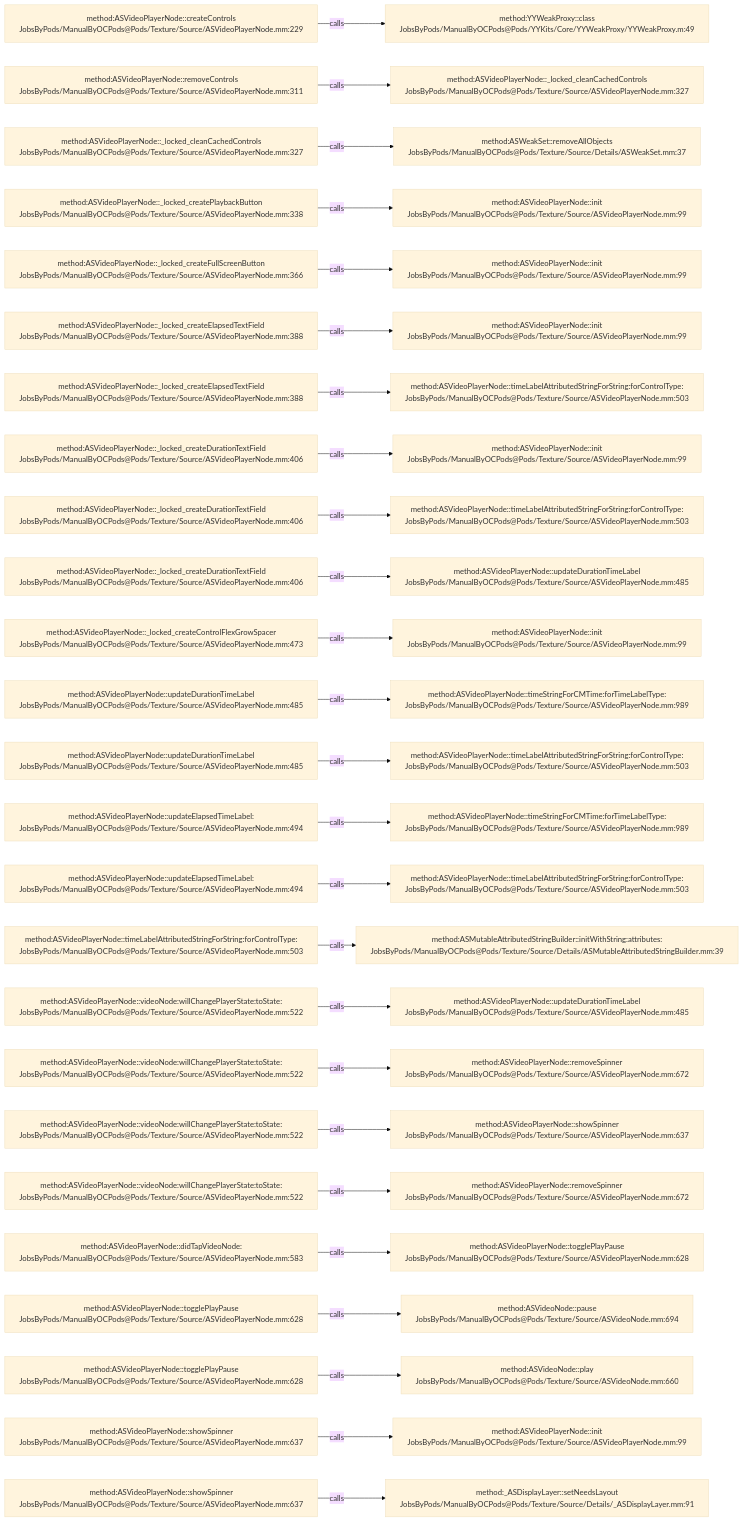
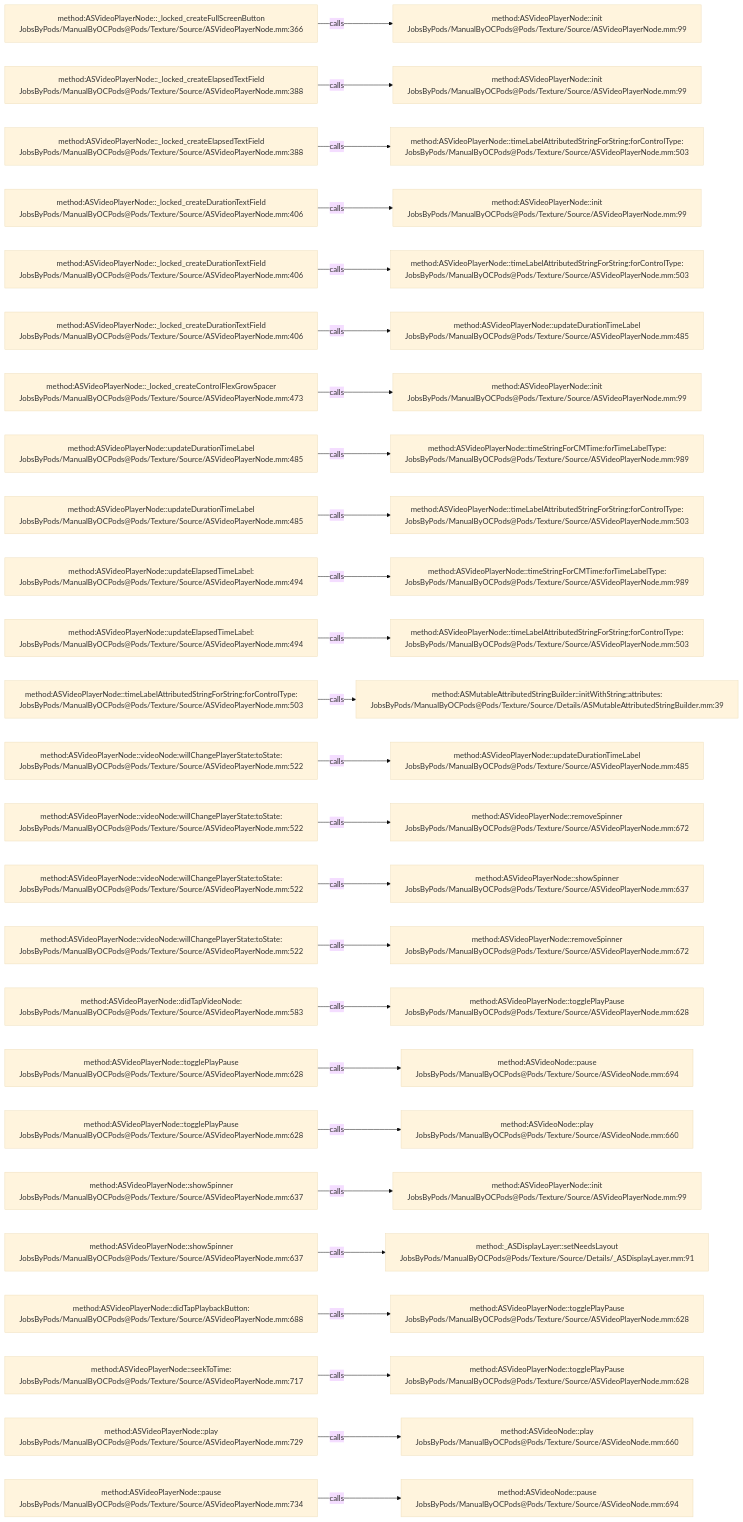
Before and after one commit to JobsKits/JobsOCBaseConfigDemo: the diagram in .codegraph/codegraph.md/graphs/calls-144.md, drawn with Mermaid (base theme). The commit also changed 727 other files, not shown here.

````diff
--- a/.codegraph/codegraph.md/graphs/calls-144.md
+++ b/.codegraph/codegraph.md/graphs/calls-144.md
@@ -13,78 +13,78 @@
 ```mermaid
 flowchart LR
-  S1["method:ASVideoPlayerNode::createControls<br/>JobsByPods/ManualByOCPods@Pods/Texture/Source/ASVideoPlayerNode.mm:229"]
-  T1["method:YYWeakProxy::class<br/>JobsByPods/ManualByOCPods@Pods/YYKits/Core/YYWeakProxy/YYWeakProxy.m:49"]
+  S1["method:ASVideoPlayerNode::_locked_createFullScreenButton<br/>JobsByPods/ManualByOCPods@Pods/Texture/Source/ASVideoPlayerNode.mm:366"]
+  T1["method:ASVideoPlayerNode::init<br/>JobsByPods/ManualByOCPods@Pods/Texture/Source/ASVideoPlayerNode.mm:99"]
   S1 -->|calls| T1
-  S2["method:ASVideoPlayerNode::removeControls<br/>JobsByPods/ManualByOCPods@Pods/Texture/Source/ASVideoPlayerNode.mm:311"]
-  T2["method:ASVideoPlayerNode::_locked_cleanCachedControls<br/>JobsByPods/ManualByOCPods@Pods/Texture/Source/ASVideoPlayerNode.mm:327"]
+  S2["method:ASVideoPlayerNode::_locked_createElapsedTextField<br/>JobsByPods/ManualByOCPods@Pods/Texture/Source/ASVideoPlayerNode.mm:388"]
+  T2["method:ASVideoPlayerNode::init<br/>JobsByPods/ManualByOCPods@Pods/Texture/Source/ASVideoPlayerNode.mm:99"]
   S2 -->|calls| T2
-  S3["method:ASVideoPlayerNode::_locked_cleanCachedControls<br/>JobsByPods/ManualByOCPods@Pods/Texture/Source/ASVideoPlayerNode.mm:327"]
-  T3["method:ASWeakSet::removeAllObjects<br/>JobsByPods/ManualByOCPods@Pods/Texture/Source/Details/ASWeakSet.mm:37"]
+  S3["method:ASVideoPlayerNode::_locked_createElapsedTextField<br/>JobsByPods/ManualByOCPods@Pods/Texture/Source/ASVideoPlayerNode.mm:388"]
+  T3["method:ASVideoPlayerNode::timeLabelAttributedStringForString:forControlType:<br/>JobsByPods/ManualByOCPods@Pods/Texture/Source/ASVideoPlayerNode.mm:503"]
   S3 -->|calls| T3
-  S4["method:ASVideoPlayerNode::_locked_createPlaybackButton<br/>JobsByPods/ManualByOCPods@Pods/Texture/Source/ASVideoPlayerNode.mm:338"]
+  S4["method:ASVideoPlayerNode::_locked_createDurationTextField<br/>JobsByPods/ManualByOCPods@Pods/Texture/Source/ASVideoPlayerNode.mm:406"]
   T4["method:ASVideoPlayerNode::init<br/>JobsByPods/ManualByOCPods@Pods/Texture/Source/ASVideoPlayerNode.mm:99"]
   S4 -->|calls| T4
-  S5["method:ASVideoPlayerNode::_locked_createFullScreenButton<br/>JobsByPods/ManualByOCPods@Pods/Texture/Source/ASVideoPlayerNode.mm:366"]
-  T5["method:ASVideoPlayerNode::init<br/>JobsByPods/ManualByOCPods@Pods/Texture/Source/ASVideoPlayerNode.mm:99"]
+  S5["method:ASVideoPlayerNode::_locked_createDurationTextField<br/>JobsByPods/ManualByOCPods@Pods/Texture/Source/ASVideoPlayerNode.mm:406"]
+  T5["method:ASVideoPlayerNode::timeLabelAttributedStringForString:forControlType:<br/>JobsByPods/ManualByOCPods@Pods/Texture/Source/ASVideoPlayerNode.mm:503"]
   S5 -->|calls| T5
-  S6["method:ASVideoPlayerNode::_locked_createElapsedTextField<br/>JobsByPods/ManualByOCPods@Pods/Texture/Source/ASVideoPlayerNode.mm:388"]
-  T6["method:ASVideoPlayerNode::init<br/>JobsByPods/ManualByOCPods@Pods/Texture/Source/ASVideoPlayerNode.mm:99"]
+  S6["method:ASVideoPlayerNode::_locked_createDurationTextField<br/>JobsByPods/ManualByOCPods@Pods/Texture/Source/ASVideoPlayerNode.mm:406"]
+  T6["method:ASVideoPlayerNode::updateDurationTimeLabel<br/>JobsByPods/ManualByOCPods@Pods/Texture/Source/ASVideoPlayerNode.mm:485"]
   S6 -->|calls| T6
-  S7["method:ASVideoPlayerNode::_locked_createElapsedTextField<br/>JobsByPods/ManualByOCPods@Pods/Texture/Source/ASVideoPlayerNode.mm:388"]
-  T7["method:ASVideoPlayerNode::timeLabelAttributedStringForString:forControlType:<br/>JobsByPods/ManualByOCPods@Pods/Texture/Source/ASVideoPlayerNode.mm:503"]
+  S7["method:ASVideoPlayerNode::_locked_createControlFlexGrowSpacer<br/>JobsByPods/ManualByOCPods@Pods/Texture/Source/ASVideoPlayerNode.mm:473"]
+  T7["method:ASVideoPlayerNode::init<br/>JobsByPods/ManualByOCPods@Pods/Texture/Source/ASVideoPlayerNode.mm:99"]
   S7 -->|calls| T7
-  S8["method:ASVideoPlayerNode::_locked_createDurationTextField<br/>JobsByPods/ManualByOCPods@Pods/Texture/Source/ASVideoPlayerNode.mm:406"]
-  T8["method:ASVideoPlayerNode::init<br/>JobsByPods/ManualByOCPods@Pods/Texture/Source/ASVideoPlayerNode.mm:99"]
+  S8["method:ASVideoPlayerNode::updateDurationTimeLabel<br/>JobsByPods/ManualByOCPods@Pods/Texture/Source/ASVideoPlayerNode.mm:485"]
+  T8["method:ASVideoPlayerNode::timeStringForCMTime:forTimeLabelType:<br/>JobsByPods/ManualByOCPods@Pods/Texture/Source/ASVideoPlayerNode.mm:989"]
   S8 -->|calls| T8
-  S9["method:ASVideoPlayerNode::_locked_createDurationTextField<br/>JobsByPods/ManualByOCPods@Pods/Texture/Source/ASVideoPlayerNode.mm:406"]
+  S9["method:ASVideoPlayerNode::updateDurationTimeLabel<br/>JobsByPods/ManualByOCPods@Pods/Texture/Source/ASVideoPlayerNode.mm:485"]
   T9["method:ASVideoPlayerNode::timeLabelAttributedStringForString:forControlType:<br/>JobsByPods/ManualByOCPods@Pods/Texture/Source/ASVideoPlayerNode.mm:503"]
   S9 -->|calls| T9
-  S10["method:ASVideoPlayerNode::_locked_createDurationTextField<br/>JobsByPods/ManualByOCPods@Pods/Texture/Source/ASVideoPlayerNode.mm:406"]
-  T10["method:ASVideoPlayerNode::updateDurationTimeLabel<br/>JobsByPods/ManualByOCPods@Pods/Texture/Source/ASVideoPlayerNode.mm:485"]
+  S10["method:ASVideoPlayerNode::updateElapsedTimeLabel:<br/>JobsByPods/ManualByOCPods@Pods/Texture/Source/ASVideoPlayerNode.mm:494"]
+  T10["method:ASVideoPlayerNode::timeStringForCMTime:forTimeLabelType:<br/>JobsByPods/ManualByOCPods@Pods/Texture/Source/ASVideoPlayerNode.mm:989"]
   S10 -->|calls| T10
-  S11["method:ASVideoPlayerNode::_locked_createControlFlexGrowSpacer<br/>JobsByPods/ManualByOCPods@Pods/Texture/Source/ASVideoPlayerNode.mm:473"]
-  T11["method:ASVideoPlayerNode::init<br/>JobsByPods/ManualByOCPods@Pods/Texture/Source/ASVideoPlayerNode.mm:99"]
+  S11["method:ASVideoPlayerNode::updateElapsedTimeLabel:<br/>JobsByPods/ManualByOCPods@Pods/Texture/Source/ASVideoPlayerNode.mm:494"]
+  T11["method:ASVideoPlayerNode::timeLabelAttributedStringForString:forControlType:<br/>JobsByPods/ManualByOCPods@Pods/Texture/Source/ASVideoPlayerNode.mm:503"]
   S11 -->|calls| T11
-  S12["method:ASVideoPlayerNode::updateDurationTimeLabel<br/>JobsByPods/ManualByOCPods@Pods/Texture/Source/ASVideoPlayerNode.mm:485"]
-  T12["method:ASVideoPlayerNode::timeStringForCMTime:forTimeLabelType:<br/>JobsByPods/ManualByOCPods@Pods/Texture/Source/ASVideoPlayerNode.mm:989"]
+  S12["method:ASVideoPlayerNode::timeLabelAttributedStringForString:forControlType:<br/>JobsByPods/ManualByOCPods@Pods/Texture/Source/ASVideoPlayerNode.mm:503"]
+  T12["method:ASMutableAttributedStringBuilder::initWithString:attributes:<br/>JobsByPods/ManualByOCPods@Pods/Texture/Source/Details/ASMutableAttributedStringBuilder.mm:39"]
   S12 -->|calls| T12
-  S13["method:ASVideoPlayerNode::updateDurationTimeLabel<br/>JobsByPods/ManualByOCPods@Pods/Texture/Source/ASVideoPlayerNode.mm:485"]
-  T13["method:ASVideoPlayerNode::timeLabelAttributedStringForString:forControlType:<br/>JobsByPods/ManualByOCPods@Pods/Texture/Source/ASVideoPlayerNode.mm:503"]
+  S13["method:ASVideoPlayerNode::videoNode:willChangePlayerState:toState:<br/>JobsByPods/ManualByOCPods@Pods/Texture/Source/ASVideoPlayerNode.mm:522"]
+  T13["method:ASVideoPlayerNode::updateDurationTimeLabel<br/>JobsByPods/ManualByOCPods@Pods/Texture/Source/ASVideoPlayerNode.mm:485"]
   S13 -->|calls| T13
-  S14["method:ASVideoPlayerNode::updateElapsedTimeLabel:<br/>JobsByPods/ManualByOCPods@Pods/Texture/Source/ASVideoPlayerNode.mm:494"]
-  T14["method:ASVideoPlayerNode::timeStringForCMTime:forTimeLabelType:<br/>JobsByPods/ManualByOCPods@Pods/Texture/Source/ASVideoPlayerNode.mm:989"]
+  S14["method:ASVideoPlayerNode::videoNode:willChangePlayerState:toState:<br/>JobsByPods/ManualByOCPods@Pods/Texture/Source/ASVideoPlayerNode.mm:522"]
+  T14["method:ASVideoPlayerNode::removeSpinner<br/>JobsByPods/ManualByOCPods@Pods/Texture/Source/ASVideoPlayerNode.mm:672"]
   S14 -->|calls| T14
-  S15["method:ASVideoPlayerNode::updateElapsedTimeLabel:<br/>JobsByPods/ManualByOCPods@Pods/Texture/Source/ASVideoPlayerNode.mm:494"]
-  T15["method:ASVideoPlayerNode::timeLabelAttributedStringForString:forControlType:<br/>JobsByPods/ManualByOCPods@Pods/Texture/Source/ASVideoPlayerNode.mm:503"]
+  S15["method:ASVideoPlayerNode::videoNode:willChangePlayerState:toState:<br/>JobsByPods/ManualByOCPods@Pods/Texture/Source/ASVideoPlayerNode.mm:522"]
+  T15["method:ASVideoPlayerNode::showSpinner<br/>JobsByPods/ManualByOCPods@Pods/Texture/Source/ASVideoPlayerNode.mm:637"]
   S15 -->|calls| T15
-  S16["method:ASVideoPlayerNode::timeLabelAttributedStringForString:forControlType:<br/>JobsByPods/ManualByOCPods@Pods/Texture/Source/ASVideoPlayerNode.mm:503"]
-  T16["method:ASMutableAttributedStringBuilder::initWithString:attributes:<br/>JobsByPods/ManualByOCPods@Pods/Texture/Source/Details/ASMutableAttributedStringBuilder.mm:39"]
+  S16["method:ASVideoPlayerNode::videoNode:willChangePlayerState:toState:<br/>JobsByPods/ManualByOCPods@Pods/Texture/Source/ASVideoPlayerNode.mm:522"]
+  T16["method:ASVideoPlayerNode::removeSpinner<br/>JobsByPods/ManualByOCPods@Pods/Texture/Source/ASVideoPlayerNode.mm:672"]
   S16 -->|calls| T16
-  S17["method:ASVideoPlayerNode::videoNode:willChangePlayerState:toState:<br/>JobsByPods/ManualByOCPods@Pods/Texture/Source/ASVideoPlayerNode.mm:522"]
-  T17["method:ASVideoPlayerNode::updateDurationTimeLabel<br/>JobsByPods/ManualByOCPods@Pods/Texture/Source/ASVideoPlayerNode.mm:485"]
+  S17["method:ASVideoPlayerNode::didTapVideoNode:<br/>JobsByPods/ManualByOCPods@Pods/Texture/Source/ASVideoPlayerNode.mm:583"]
+  T17["method:ASVideoPlayerNode::togglePlayPause<br/>JobsByPods/ManualByOCPods@Pods/Texture/Source/ASVideoPlayerNode.mm:628"]
   S17 -->|calls| T17
-  S18["method:ASVideoPlayerNode::videoNode:willChangePlayerState:toState:<br/>JobsByPods/ManualByOCPods@Pods/Texture/Source/ASVideoPlayerNode.mm:522"]
-  T18["method:ASVideoPlayerNode::removeSpinner<br/>JobsByPods/ManualByOCPods@Pods/Texture/Source/ASVideoPlayerNode.mm:672"]
+  S18["method:ASVideoPlayerNode::togglePlayPause<br/>JobsByPods/ManualByOCPods@Pods/Texture/Source/ASVideoPlayerNode.mm:628"]
+  T18["method:ASVideoNode::pause<br/>JobsByPods/ManualByOCPods@Pods/Texture/Source/ASVideoNode.mm:694"]
   S18 -->|calls| T18
-  S19["method:ASVideoPlayerNode::videoNode:willChangePlayerState:toState:<br/>JobsByPods/ManualByOCPods@Pods/Texture/Source/ASVideoPlayerNode.mm:522"]
-  T19["method:ASVideoPlayerNode::showSpinner<br/>JobsByPods/ManualByOCPods@Pods/Texture/Source/ASVideoPlayerNode.mm:637"]
+  S19["method:ASVideoPlayerNode::togglePlayPause<br/>JobsByPods/ManualByOCPods@Pods/Texture/Source/ASVideoPlayerNode.mm:628"]
+  T19["method:ASVideoNode::play<br/>JobsByPods/ManualByOCPods@Pods/Texture/Source/ASVideoNode.mm:660"]
   S19 -->|calls| T19
-  S20["method:ASVideoPlayerNode::videoNode:willChangePlayerState:toState:<br/>JobsByPods/ManualByOCPods@Pods/Texture/Source/ASVideoPlayerNode.mm:522"]
-  T20["method:ASVideoPlayerNode::removeSpinner<br/>JobsByPods/ManualByOCPods@Pods/Texture/Source/ASVideoPlayerNode.mm:672"]
+  S20["method:ASVideoPlayerNode::showSpinner<br/>JobsByPods/ManualByOCPods@Pods/Texture/Source/ASVideoPlayerNode.mm:637"]
+  T20["method:ASVideoPlayerNode::init<br/>JobsByPods/ManualByOCPods@Pods/Texture/Source/ASVideoPlayerNode.mm:99"]
   S20 -->|calls| T20
-  S21["method:ASVideoPlayerNode::didTapVideoNode:<br/>JobsByPods/ManualByOCPods@Pods/Texture/Source/ASVideoPlayerNode.mm:583"]
-  T21["method:ASVideoPlayerNode::togglePlayPause<br/>JobsByPods/ManualByOCPods@Pods/Texture/Source/ASVideoPlayerNode.mm:628"]
+  S21["method:ASVideoPlayerNode::showSpinner<br/>JobsByPods/ManualByOCPods@Pods/Texture/Source/ASVideoPlayerNode.mm:637"]
+  T21["method:_ASDisplayLayer::setNeedsLayout<br/>JobsByPods/ManualByOCPods@Pods/Texture/Source/Details/_ASDisplayLayer.mm:91"]
   S21 -->|calls| T21
-  S22["method:ASVideoPlayerNode::togglePlayPause<br/>JobsByPods/ManualByOCPods@Pods/Texture/Source/ASVideoPlayerNode.mm:628"]
-  T22["method:ASVideoNode::pause<br/>JobsByPods/ManualByOCPods@Pods/Texture/Source/ASVideoNode.mm:694"]
+  S22["method:ASVideoPlayerNode::didTapPlaybackButton:<br/>JobsByPods/ManualByOCPods@Pods/Texture/Source/ASVideoPlayerNode.mm:688"]
+  T22["method:ASVideoPlayerNode::togglePlayPause<br/>JobsByPods/ManualByOCPods@Pods/Texture/Source/ASVideoPlayerNode.mm:628"]
   S22 -->|calls| T22
-  S23["method:ASVideoPlayerNode::togglePlayPause<br/>JobsByPods/ManualByOCPods@Pods/Texture/Source/ASVideoPlayerNode.mm:628"]
-  T23["method:ASVideoNode::play<br/>JobsByPods/ManualByOCPods@Pods/Texture/Source/ASVideoNode.mm:660"]
+  S23["method:ASVideoPlayerNode::seekToTime:<br/>JobsByPods/ManualByOCPods@Pods/Texture/Source/ASVideoPlayerNode.mm:717"]
+  T23["method:ASVideoPlayerNode::togglePlayPause<br/>JobsByPods/ManualByOCPods@Pods/Texture/Source/ASVideoPlayerNode.mm:628"]
   S23 -->|calls| T23
-  S24["method:ASVideoPlayerNode::showSpinner<br/>JobsByPods/ManualByOCPods@Pods/Texture/Source/ASVideoPlayerNode.mm:637"]
-  T24["method:ASVideoPlayerNode::init<br/>JobsByPods/ManualByOCPods@Pods/Texture/Source/ASVideoPlayerNode.mm:99"]
+  S24["method:ASVideoPlayerNode::play<br/>JobsByPods/ManualByOCPods@Pods/Texture/Source/ASVideoPlayerNode.mm:729"]
+  T24["method:ASVideoNode::play<br/>JobsByPods/ManualByOCPods@Pods/Texture/Source/ASVideoNode.mm:660"]
   S24 -->|calls| T24
-  S25["method:ASVideoPlayerNode::showSpinner<br/>JobsByPods/ManualByOCPods@Pods/Texture/Source/ASVideoPlayerNode.mm:637"]
-  T25["method:_ASDisplayLayer::setNeedsLayout<br/>JobsByPods/ManualByOCPods@Pods/Texture/Source/Details/_ASDisplayLayer.mm:91"]
+  S25["method:ASVideoPlayerNode::pause<br/>JobsByPods/ManualByOCPods@Pods/Texture/Source/ASVideoPlayerNode.mm:734"]
+  T25["method:ASVideoNode::pause<br/>JobsByPods/ManualByOCPods@Pods/Texture/Source/ASVideoNode.mm:694"]
   S25 -->|calls| T25
 ```
````
